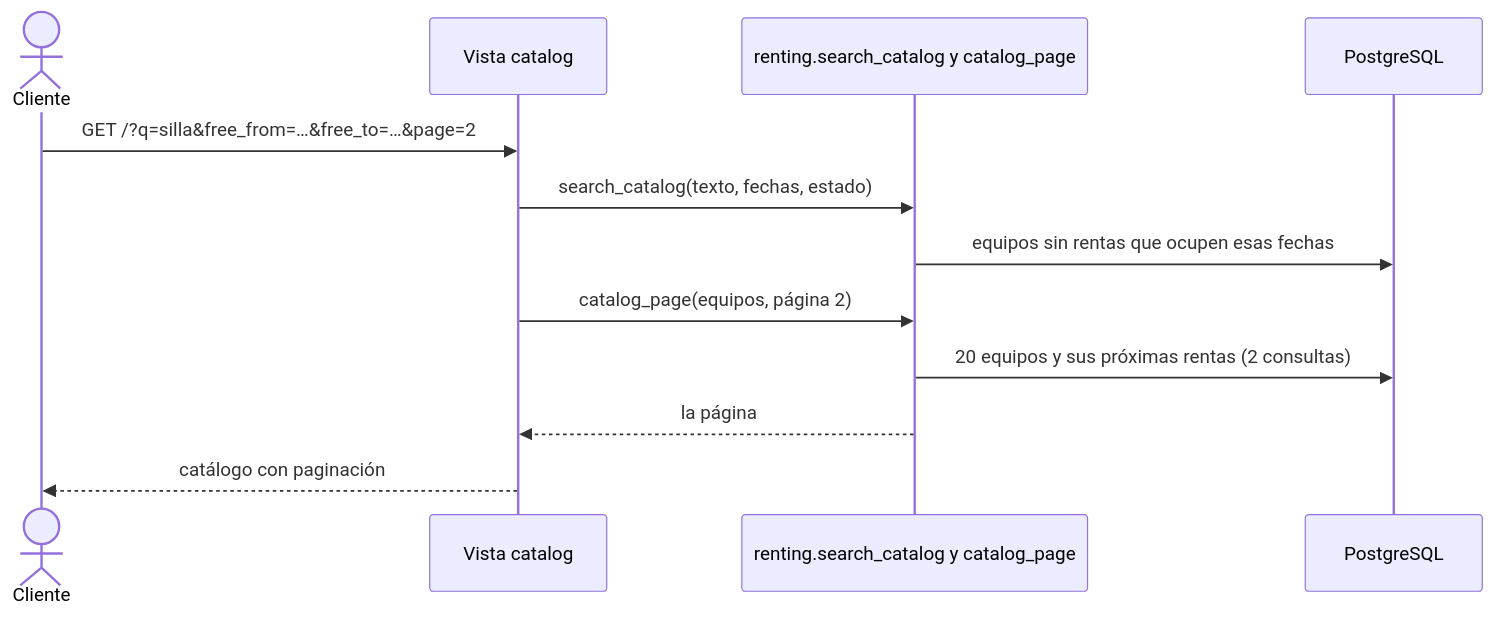
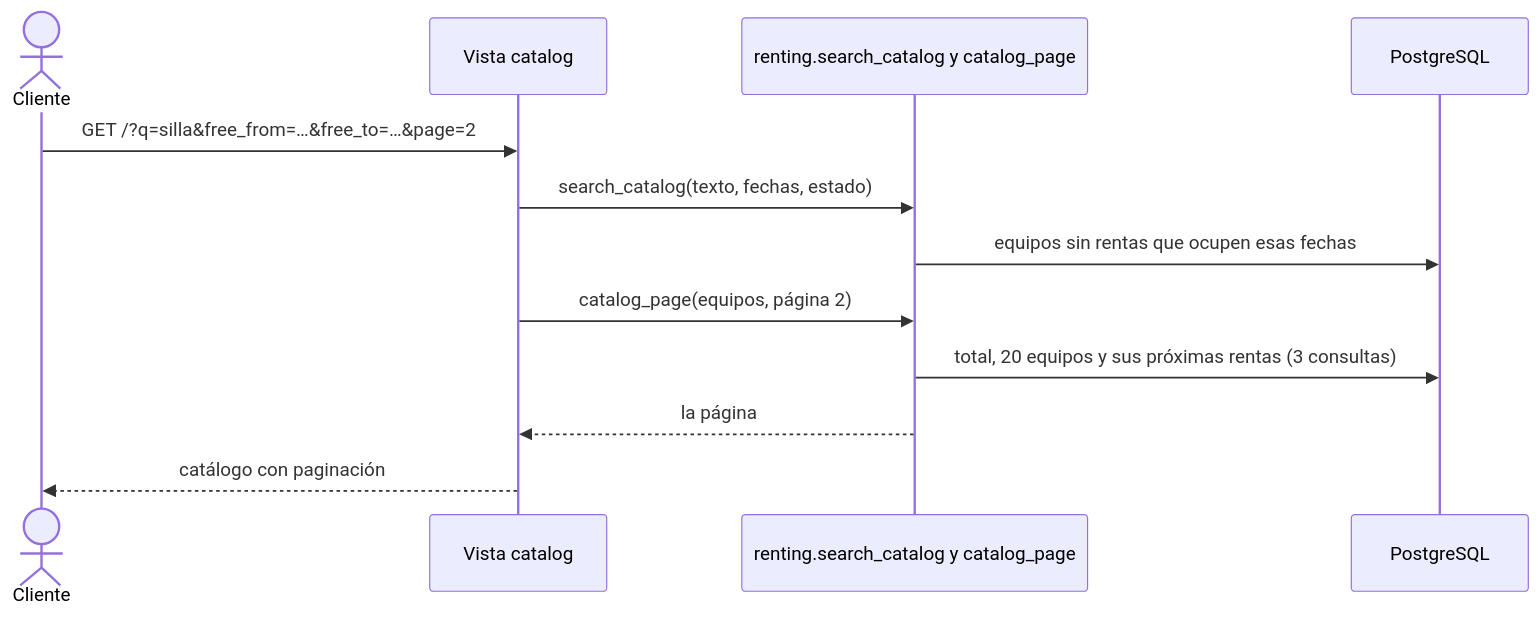
One commit to peterteranb/astra-rent-system changed the fourth of 17 diagrams in docs/casos-de-uso.md. Above: the diagram before and after it, drawn with Mermaid. The commit also changed other lines of this file and 1 other file, not shown here.

````diff
--- a/docs/casos-de-uso.md
+++ b/docs/casos-de-uso.md
@@ -209,14 +209,14 @@
 ```mermaid
 sequenceDiagram
     actor C as Cliente
     participant V as Vista catalog
     participant U as renting.search_catalog y catalog_page
     participant BD as PostgreSQL
     C->>V: GET /?q=silla&free_from=…&free_to=…&page=2
     V->>U: search_catalog(texto, fechas, estado)
     U->>BD: equipos sin rentas que ocupen esas fechas
     V->>U: catalog_page(equipos, página 2)
-    U->>BD: 20 equipos y sus próximas rentas (2 consultas)
+    U->>BD: total, 20 equipos y sus próximas rentas (3 consultas)
     U-->>V: la página
     V-->>C: catálogo con paginación
 ```
````
